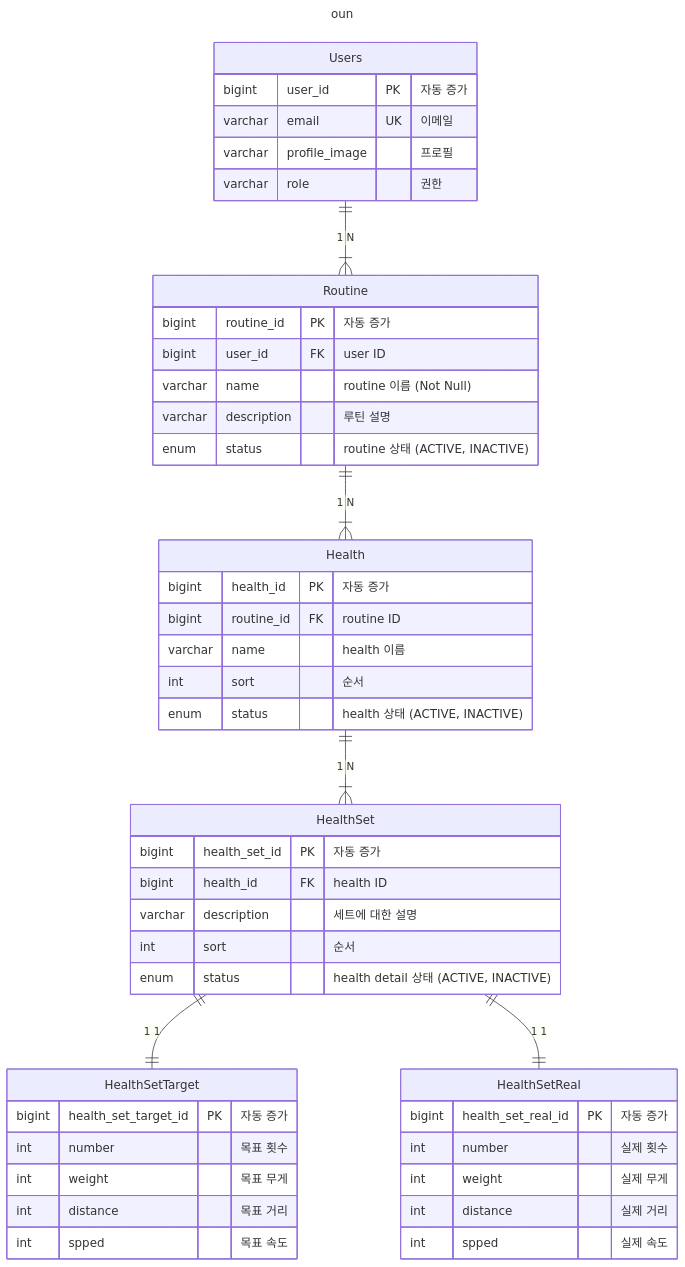
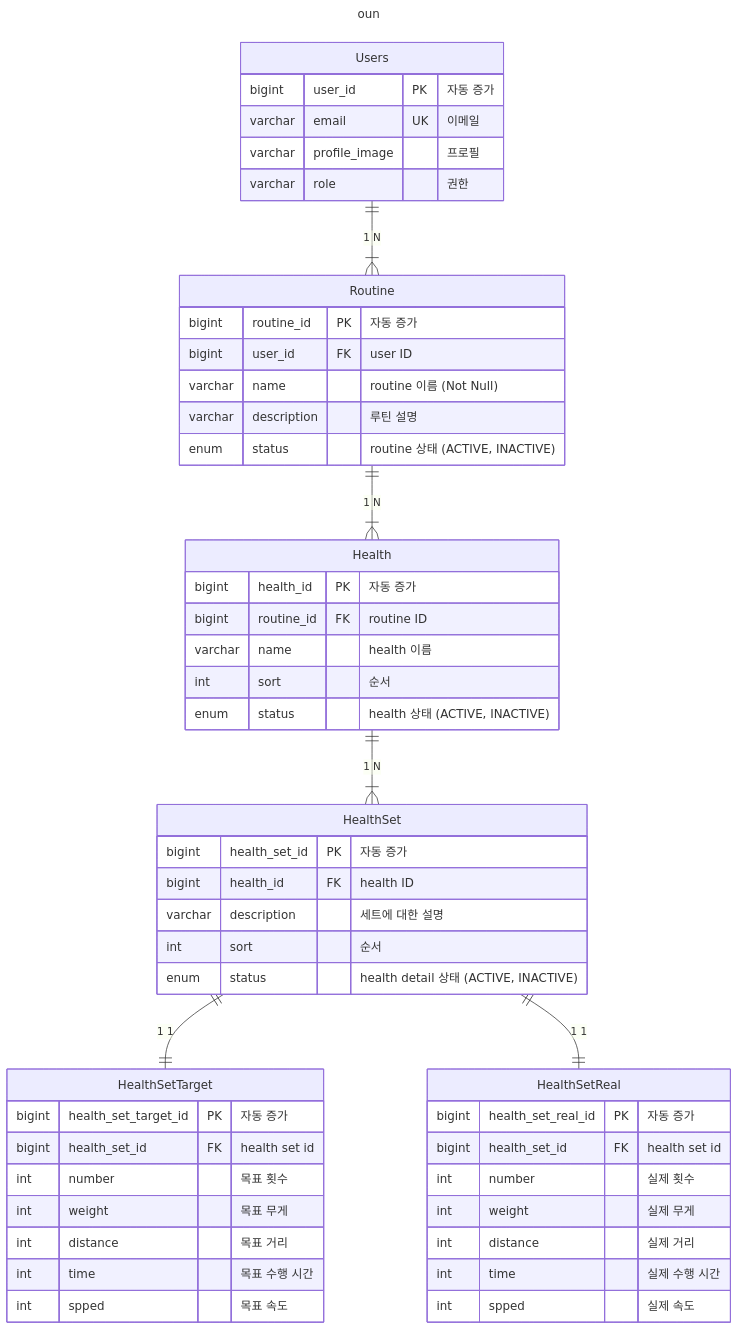
One commit to juno-choi/simol changed the diagram in README.md. Above: the diagram before and after it, drawn with Mermaid.

Commit message:
chore: erd 빠진 부분 추가

````diff
--- a/README.md
+++ b/README.md
@@ -20,60 +20,64 @@
 ```mermaid
 ---
 title: oun
 ---
 
 erDiagram
 
     Users {
         bigint user_id PK "자동 증가"
         varchar email UK "이메일"
         varchar profile_image "프로필"
         varchar role "권한"
     }
     
     Routine {
         bigint routine_id PK "자동 증가"
         bigint user_id FK "user ID"
         varchar name "routine 이름 (Not Null)"
         varchar description "루틴 설명"
         enum status "routine 상태 (ACTIVE, INACTIVE)"
     }
     
     Health {
         bigint health_id PK "자동 증가"
         bigint routine_id FK "routine ID"
         varchar name "health 이름"
         int sort "순서"
         enum status "health 상태 (ACTIVE, INACTIVE)"
     }
 
     HealthSet {
         bigint health_set_id PK "자동 증가"
         bigint health_id FK "health ID"
         varchar description "세트에 대한 설명"
         int sort "순서"
         enum status "health detail 상태 (ACTIVE, INACTIVE)"
     }
 
     HealthSetTarget {
         bigint health_set_target_id PK "자동 증가"
+        bigint health_set_id FK "health set id"
         int number "목표 횟수"
         int weight "목표 무게"
         int distance "목표 거리"
+        int time "목표 수행 시간"
         int spped "목표 속도"
     }
 
     HealthSetReal {
         bigint health_set_real_id PK "자동 증가"
+        bigint health_set_id FK "health set id"
         int number "실제 횟수"
         int weight "실제 무게"
         int distance "실제 거리"
+        int time "실제 수행 시간"
         int spped "실제 속도"
     }
     
     Users ||--|{ Routine : "1 N"
     Routine ||--|{ Health : "1 N"
     Health ||--|{ HealthSet : "1 N"
     HealthSet ||--|| HealthSetTarget : "1 1"
     HealthSet ||--|| HealthSetReal : "1 1"
 ```
````
